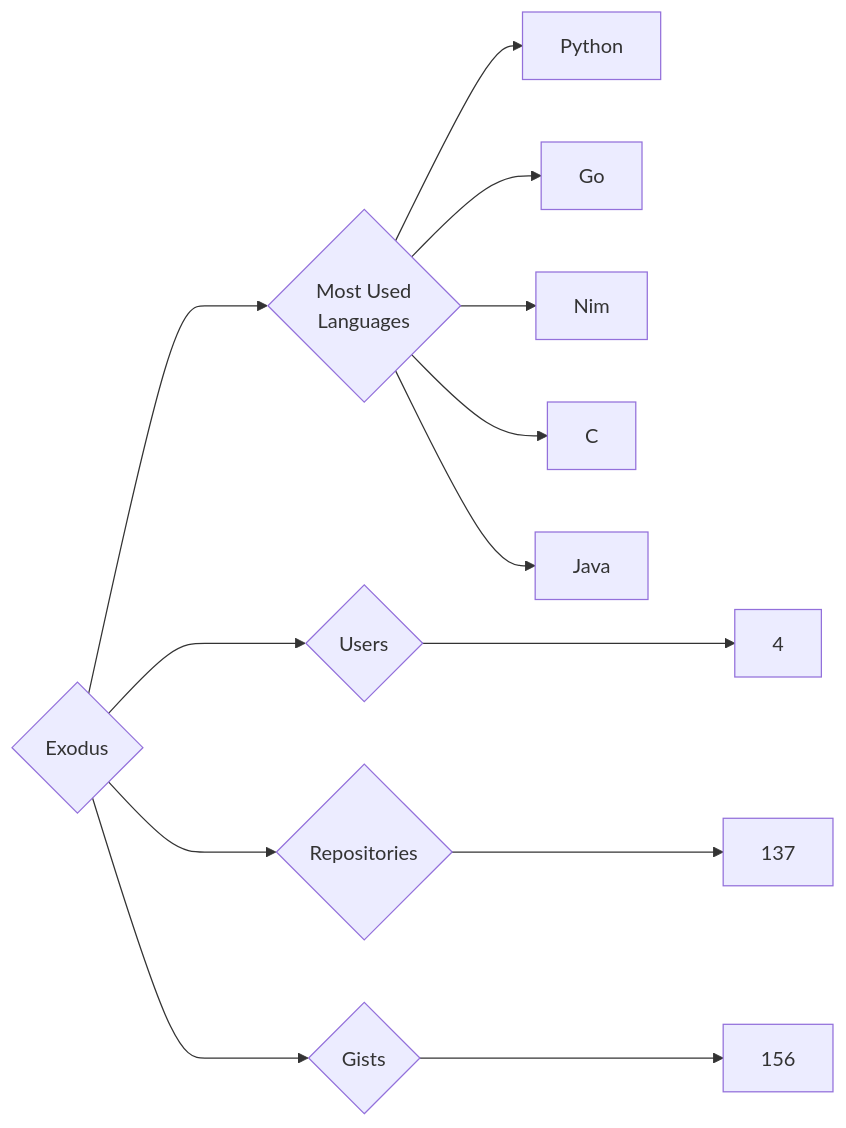
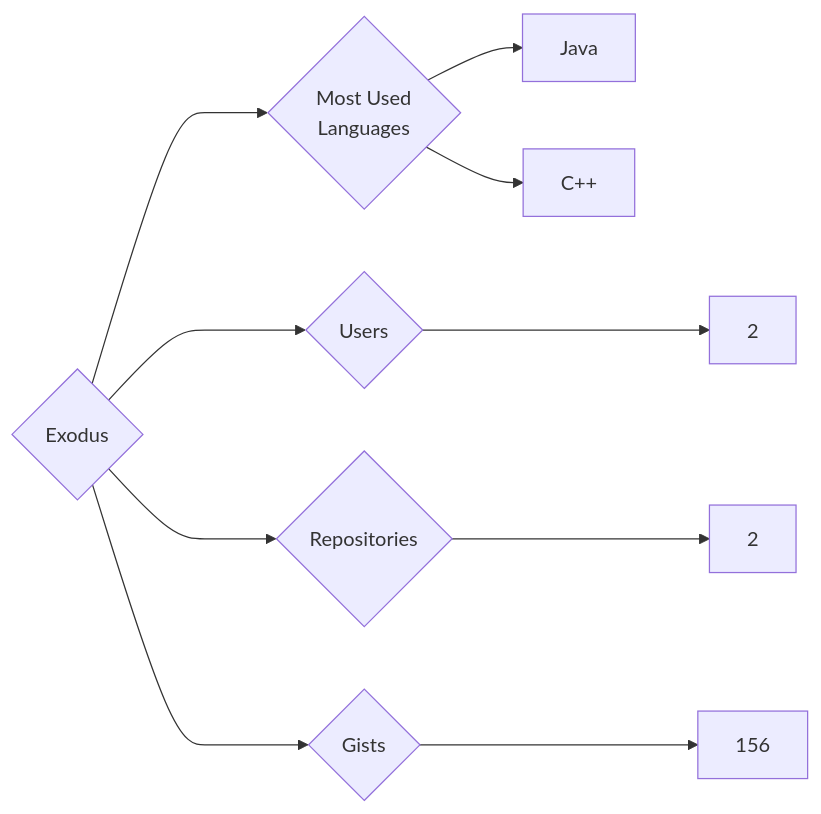
The diagram in targets/Exodus/README.md (trickest/insiders), drawn with Mermaid before and after one commit. The commit also changed 1123 other files, not shown here.

````diff
--- a/targets/Exodus/README.md
+++ b/targets/Exodus/README.md
@@ -3,13 +3,10 @@
 ```mermaid
 graph LR
 COMPANY_NAME{Exodus}
-COMPANY_NAME ---> U{Users} ---> UN[4]
-COMPANY_NAME ---> R{Repositories} ---> RN[137]
+COMPANY_NAME ---> U{Users} ---> UN[2]
+COMPANY_NAME ---> R{Repositories} ---> RN[2]
 COMPANY_NAME ---> G{Gists} ---> GN[156]
 COMPANY_NAME ---> ML{Most Used<br>Languages}
-ML --> Python[Python]
-ML --> Go[Go]
-ML --> Nim[Nim]
-ML --> C[C]
 ML --> Java[Java]
+ML --> C++[C++]
 ```
````
